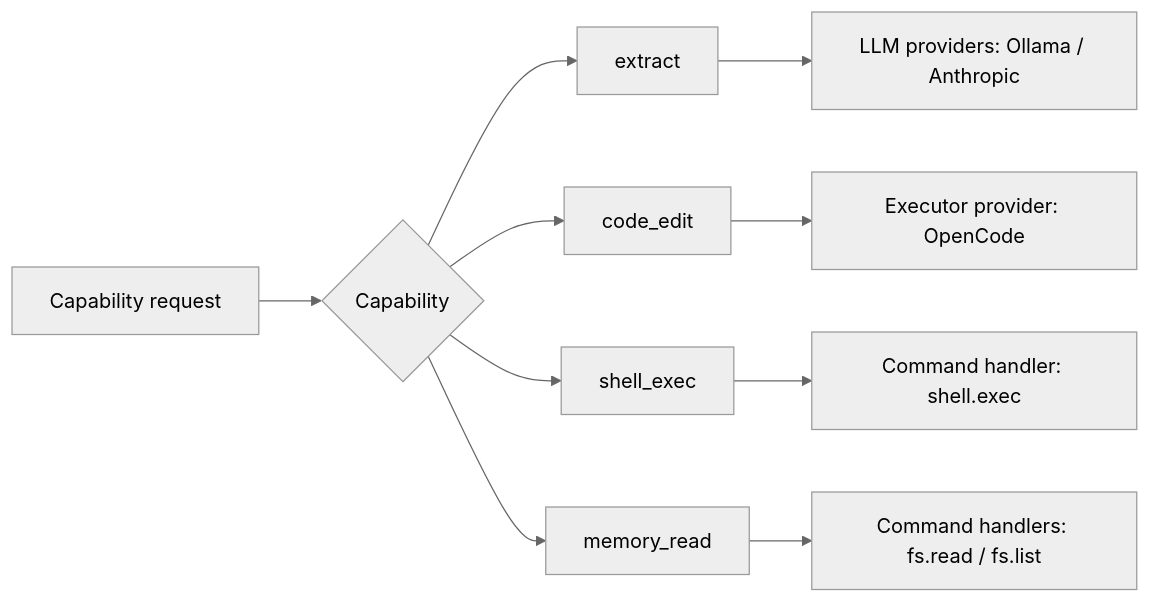
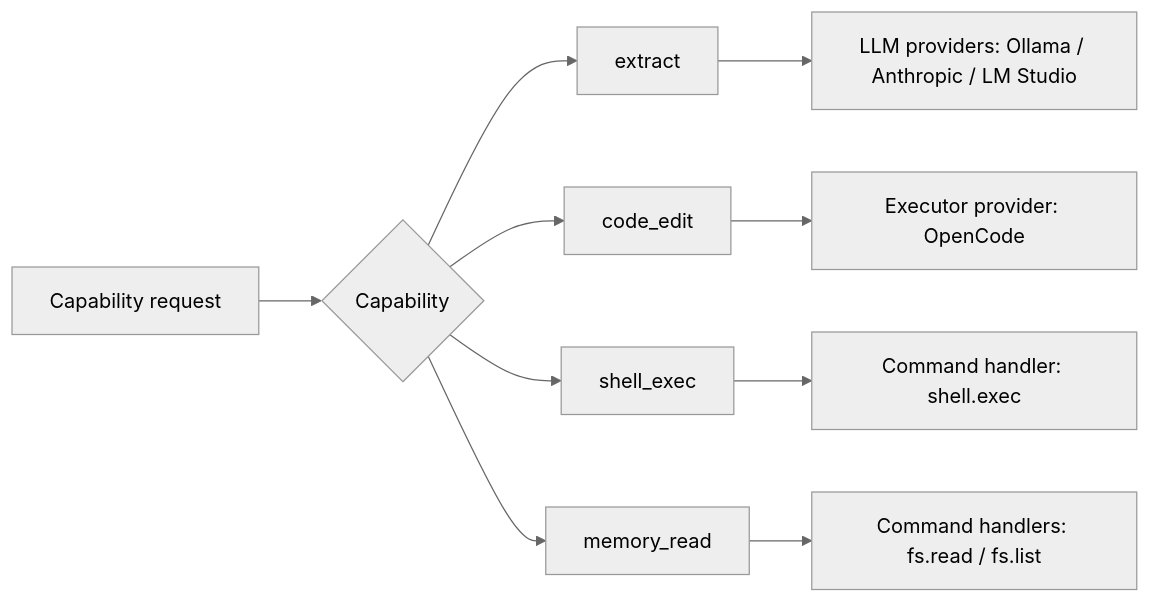
Before and after one commit to finografic/llaab: the third of 8 diagrams in docs/07_ORCHESTRATION_AND_ADAPTERS.md, drawn with Mermaid (neutral theme). The commit also changed other lines of this file and 19 other files, not shown here.

First line of the commit message:
feat(llm): add LM Studio provider routing

````diff
--- a/docs/07_ORCHESTRATION_AND_ADAPTERS.md
+++ b/docs/07_ORCHESTRATION_AND_ADAPTERS.md
@@ -246,12 +246,12 @@
 ```mermaid
 flowchart LR
   A["Capability request"] --> B{"Capability"}
   B --> C["extract"]
   B --> D["code_edit"]
   B --> E["shell_exec"]
   B --> F["memory_read"]
-  C --> G["LLM providers: Ollama / Anthropic"]
+  C --> G["LLM providers: Ollama / Anthropic / LM Studio"]
   D --> H["Executor provider: OpenCode"]
   E --> I["Command handler: shell.exec"]
   F --> J["Command handlers: fs.read / fs.list"]
 ```
````
